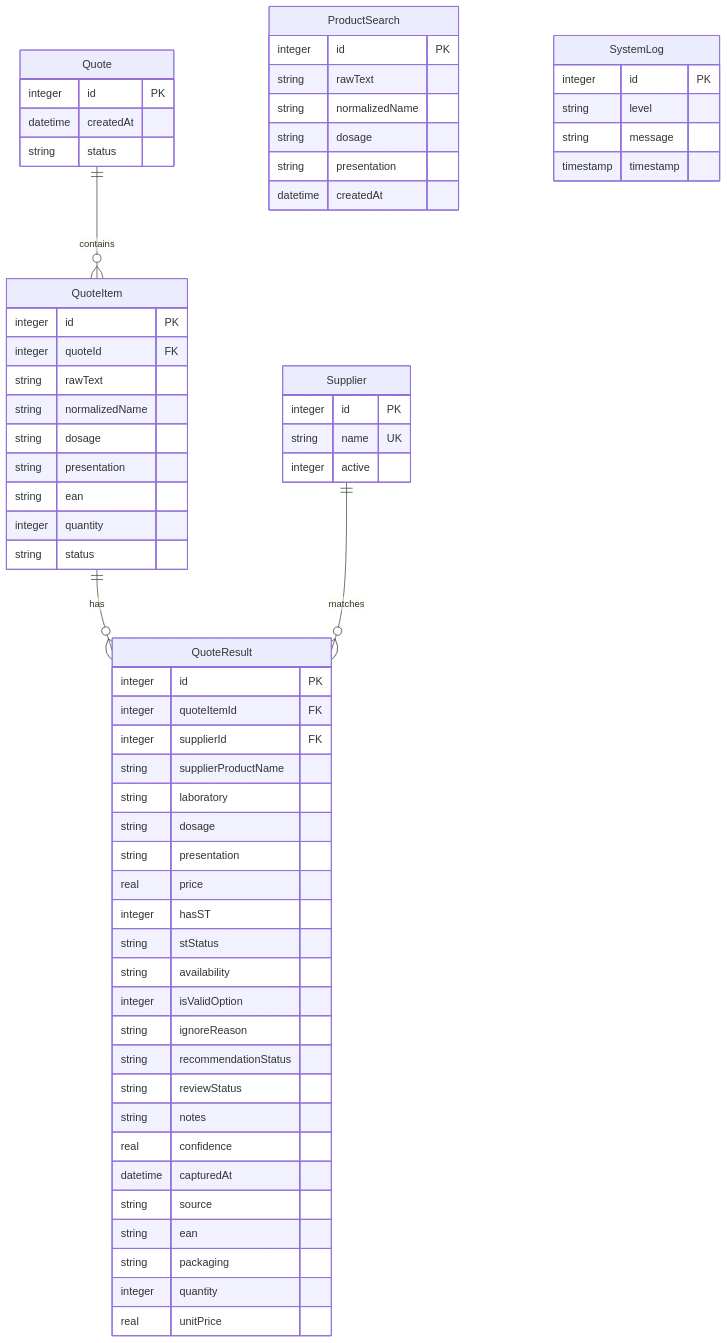
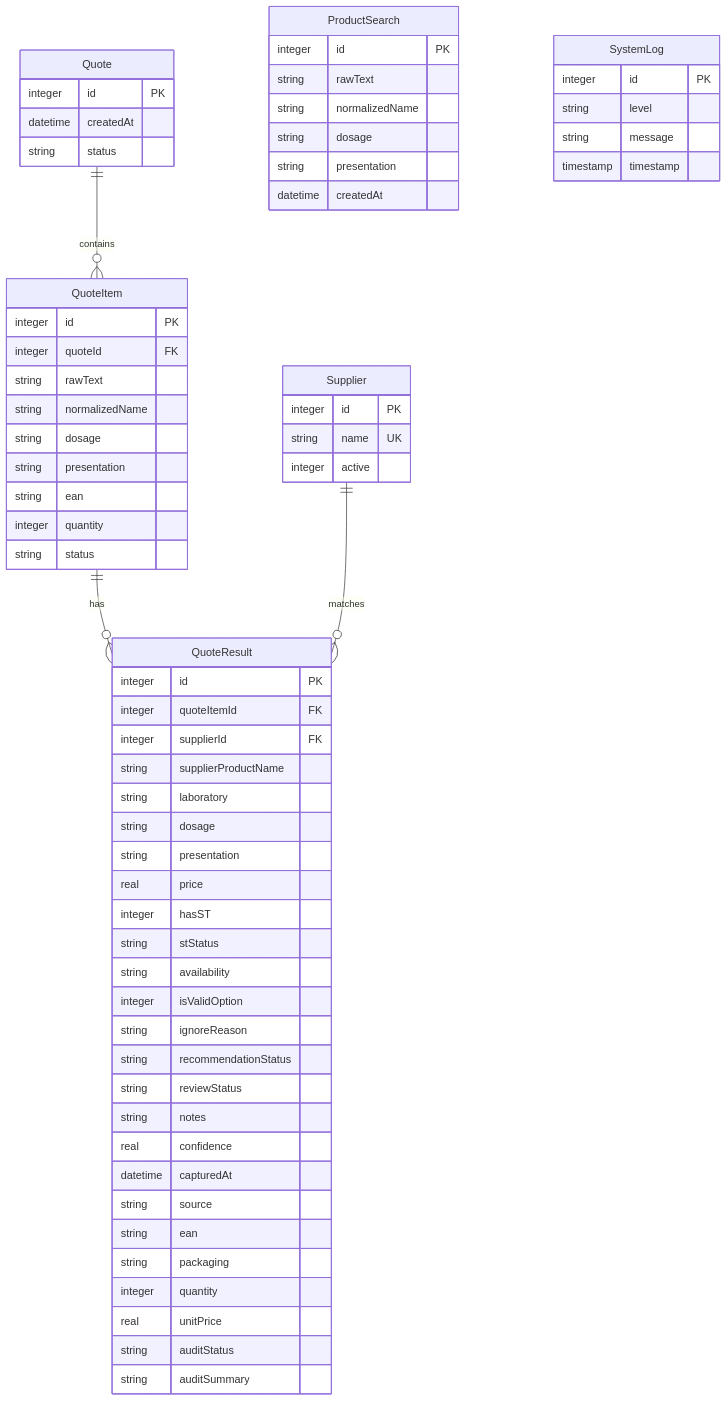
Before and after one commit to WilliYY/cotacao-farmacia: the second of 2 diagrams in docs/AI_SYSTEM_GUIDE.md, drawn with Mermaid. The commit also changed other lines of this file and 24 other files, not shown here.

````diff
--- a/docs/AI_SYSTEM_GUIDE.md
+++ b/docs/AI_SYSTEM_GUIDE.md
@@ -46,66 +47,68 @@
 ```mermaid
 erDiagram
     Quote ||--o{ QuoteItem : contains
     QuoteItem ||--o{ QuoteResult : has
     Supplier ||--o{ QuoteResult : matches
     ProductSearch {
         integer id PK
         string rawText
         string normalizedName
         string dosage
         string presentation
         datetime createdAt
     }
     Supplier {
         integer id PK
         string name UK
         integer active
     }
     Quote {
         integer id PK
         datetime createdAt
         string status
     }
     QuoteItem {
         integer id PK
         integer quoteId FK
         string rawText
         string normalizedName
         string dosage
         string presentation
         string ean
         integer quantity
         string status
     }
     QuoteResult {
         integer id PK
         integer quoteItemId FK
         integer supplierId FK
         string supplierProductName
         string laboratory
         string dosage
         string presentation
         real price
         integer hasST
         string stStatus
         string availability
         integer isValidOption
         string ignoreReason
         string recommendationStatus
         string reviewStatus
         string notes
         real confidence
         datetime capturedAt
         string source
         string ean
         string packaging
         integer quantity
         real unitPrice
+        string auditStatus
+        string auditSummary
     }
     SystemLog {
         integer id PK
         string level
         string message
         timestamp timestamp
     }
 ```
````
